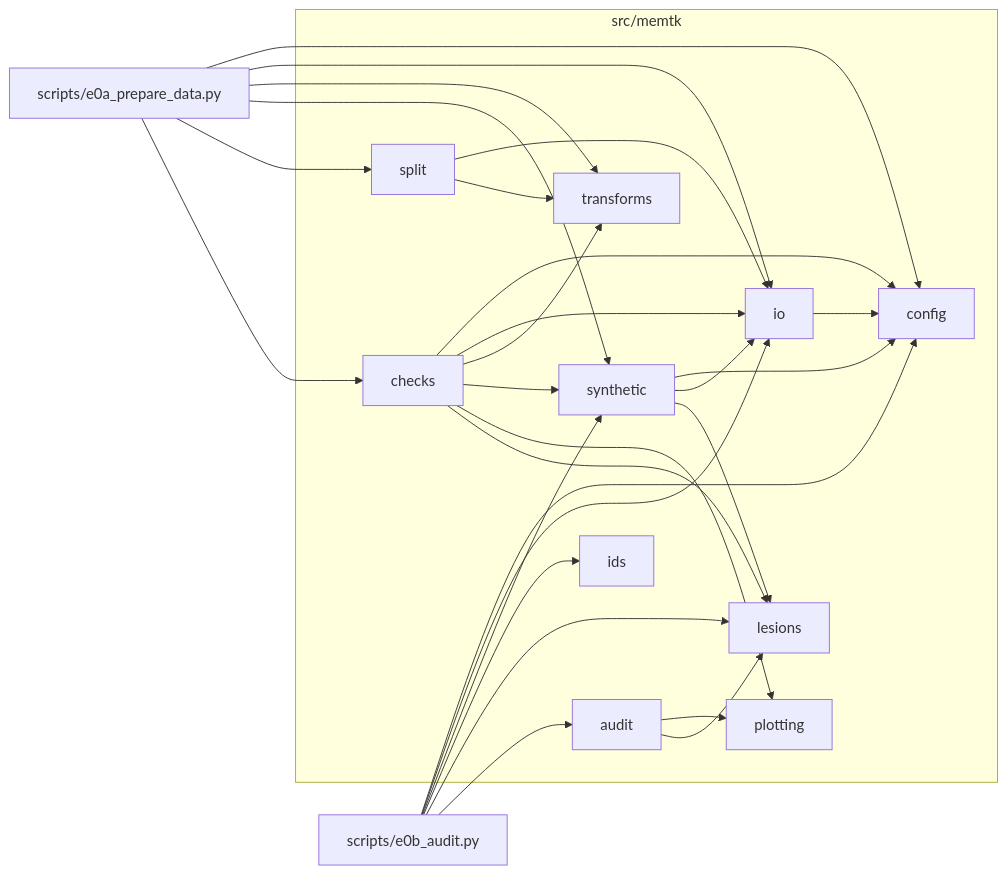
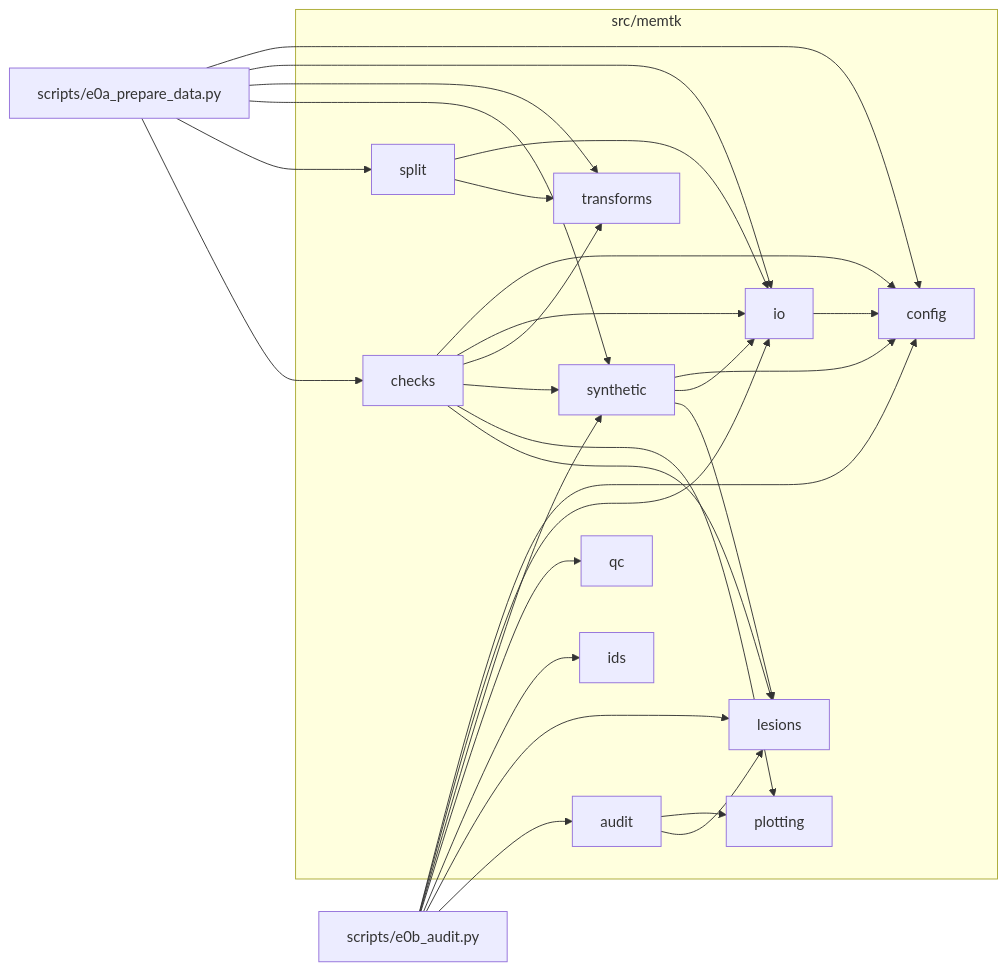
One commit to mattia3003/MT_project changed the second of 2 diagrams in docs/architecture.md. Above: the diagram before and after it, drawn with Mermaid. The commit also changed other lines of this file and 14 other files, not shown here.

````diff
--- a/docs/architecture.md
+++ b/docs/architecture.md
@@ -115,26 +116,27 @@
 ```mermaid
 flowchart LR
     S_E0A["scripts/e0a_prepare_data.py"]
     S_E0B["scripts/e0b_audit.py"]
 
     subgraph MEMTK["src/memtk"]
         M_CHECKS["checks"]
         M_AUDIT["audit"]
         M_SPLIT["split"]
         M_SYN["synthetic"]
         M_PLOT["plotting"]
         M_LESIONS["lesions"]
         M_IDS["ids"]
+        M_QC["qc"]
         M_TRANSFORMS["transforms"]
         M_IO["io"]
         M_CONFIG["config"]
     end
 
     S_E0A --> M_CHECKS & M_SPLIT & M_SYN & M_TRANSFORMS & M_IO & M_CONFIG
-    S_E0B --> M_AUDIT & M_LESIONS & M_IDS & M_SYN & M_IO & M_CONFIG
+    S_E0B --> M_AUDIT & M_LESIONS & M_IDS & M_QC & M_SYN & M_IO & M_CONFIG
     M_CHECKS --> M_LESIONS & M_PLOT & M_SYN & M_TRANSFORMS & M_IO & M_CONFIG
     M_AUDIT --> M_LESIONS & M_PLOT
     M_SPLIT --> M_TRANSFORMS & M_IO
     M_SYN --> M_LESIONS & M_IO & M_CONFIG
     M_IO --> M_CONFIG
 ```
````
